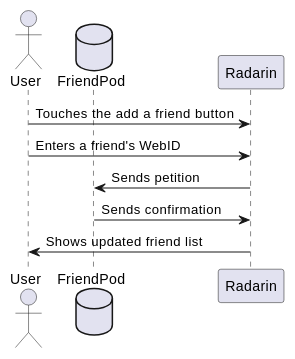
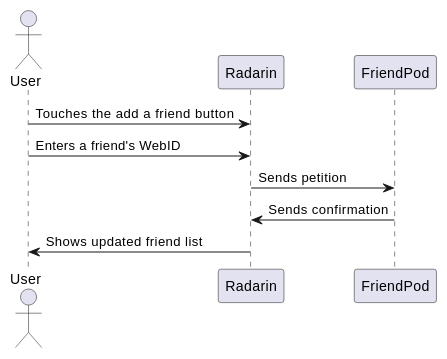
One commit to Arquisoft/radarin_es3a changed the second of 3 diagrams in webapp/docs/06_runtime_view.adoc. Above: the diagram before and after it, drawn with PlantUML. The commit also changed other lines of this file and 2 other files, not shown here.

```diff
--- a/webapp/docs/06_runtime_view.adoc
+++ b/webapp/docs/06_runtime_view.adoc
@@ -82,10 +31,9 @@
 [plantuml,"Register friends diagram",png]
 ----
 actor User
-database FriendPod
 User -> Radarin: Touches the add a friend button
 User -> Radarin: Enters a friend's WebID
 Radarin -> FriendPod: Sends petition
 FriendPod -> Radarin: Sends confirmation
 Radarin -> User: Shows updated friend list
 ----
```
